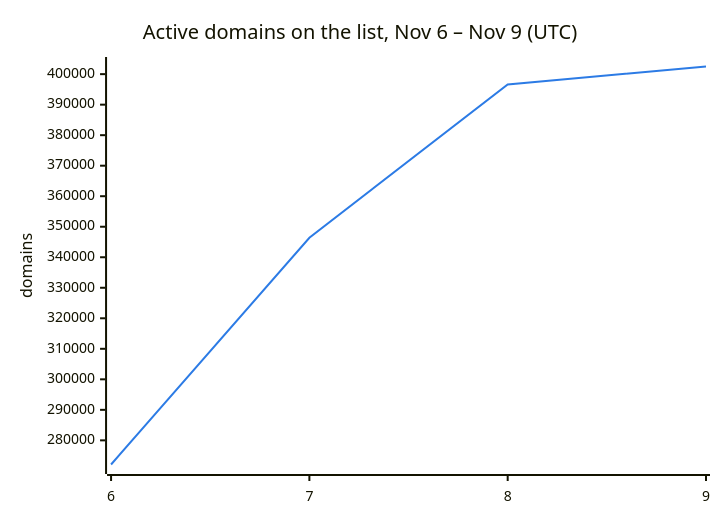
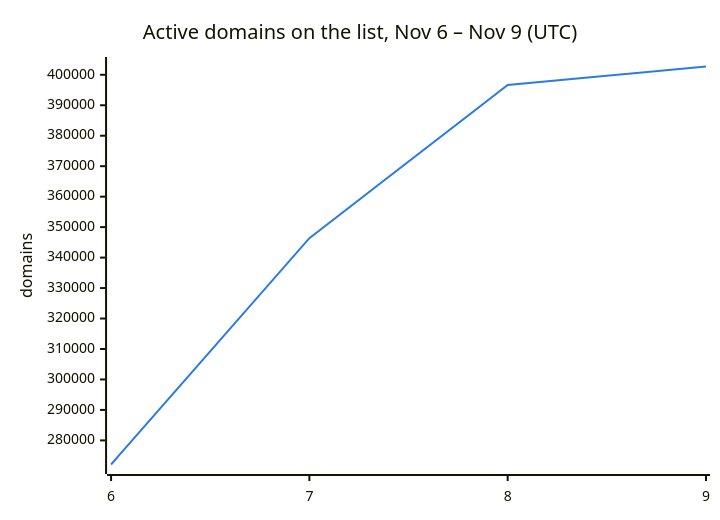
The second of 3 diagrams in README.md (DNSBunker/CTI), drawn with Mermaid before and after one commit. The commit also changed other lines of this file and 3 other files, not shown here.

````diff
--- a/README.md
+++ b/README.md
@@ -38,8 +38,8 @@
 ```mermaid
 %%{init: {"themeVariables": {"xyChart": {"plotColorPalette": "#2c7be5"}}}}%%
 xychart-beta
     title "Active domains on the list, Nov 6 – Nov 9 (UTC)"
     x-axis ["6", "7", "8", "9"]
     y-axis "domains"
-    line [272088, 346388, 396638, 402504]
+    line [272088, 346388, 396638, 402721]
 ```
````
